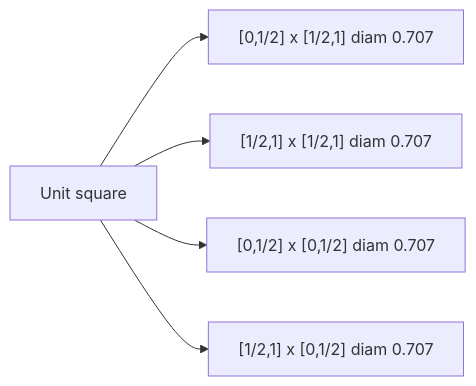
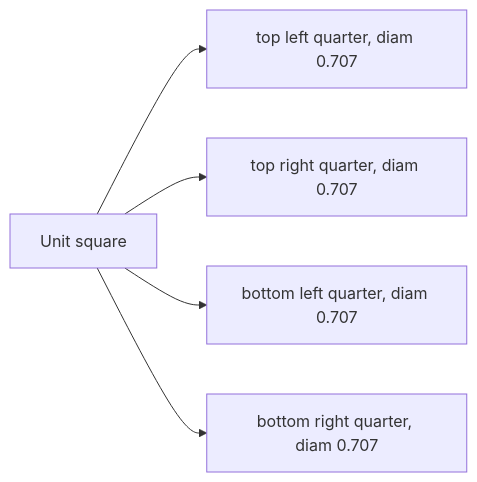
One commit to metodiev/Mathematics changed the third of 3 diagrams in 20-combinatorics/03-pigeonhole-principle/README.md. Above: the diagram before and after it, drawn with Mermaid. The commit also changed other lines of this file and 324 other files, not shown here.

````diff
--- a/20-combinatorics/03-pigeonhole-principle/README.md
+++ b/20-combinatorics/03-pigeonhole-principle/README.md
@@ -570,7 +570,7 @@
 ```mermaid
 flowchart LR
-    S["Unit square"] --> Q1["[0,1/2] x [1/2,1]  diam 0.707"]
-    S --> Q2["[1/2,1] x [1/2,1]  diam 0.707"]
-    S --> Q3["[0,1/2] x [0,1/2]  diam 0.707"]
-    S --> Q4["[1/2,1] x [0,1/2]  diam 0.707"]
+    S["Unit square"] --> Q1["top left quarter, diam 0.707"]
+    S --> Q2["top right quarter, diam 0.707"]
+    S --> Q3["bottom left quarter, diam 0.707"]
+    S --> Q4["bottom right quarter, diam 0.707"]
 ```
````
